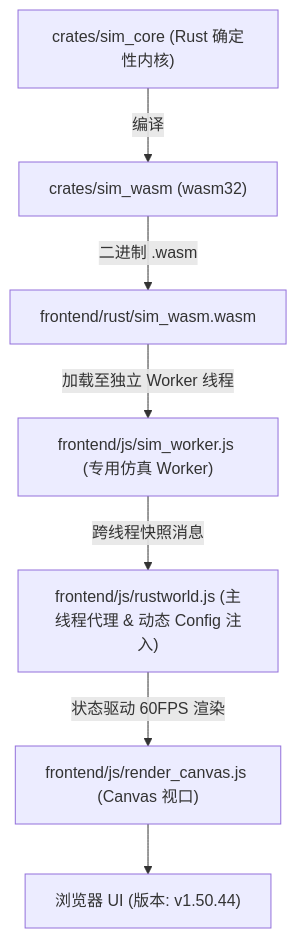
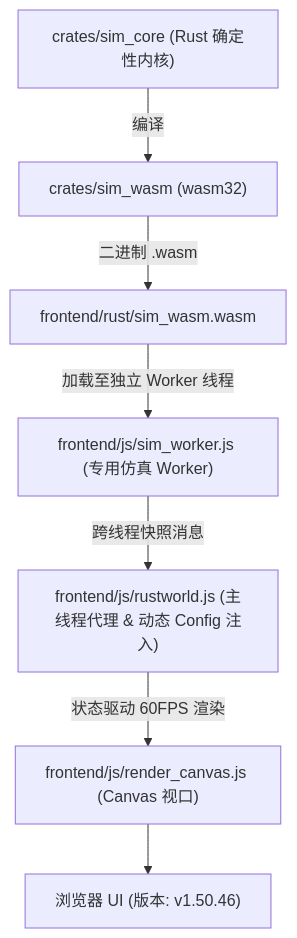
Before and after one commit to g39088902/FlowAndAccord: the diagram in AGENTS.md, drawn with Mermaid. The commit also changed other lines of this file and 21 other files, not shown here.

````diff
--- a/AGENTS.md
+++ b/AGENTS.md
@@ -61,10 +61,10 @@
 ```mermaid
 graph TD
     A["crates/sim_core (Rust 确定性内核)"] -->|编译| B["crates/sim_wasm (wasm32)"]
     B -->|二进制 .wasm| C["frontend/rust/sim_wasm.wasm"]
     C -->|加载至独立 Worker 线程| D["frontend/js/sim_worker.js (专用仿真 Worker)"]
     D -->|跨线程快照消息| E["frontend/js/rustworld.js (主线程代理 & 动态 Config 注入)"]
     E -->|状态驱动 60FPS 渲染| F["frontend/js/render_canvas.js (Canvas 视口)"]
-    F --> G["浏览器 UI (版本: v1.50.44)"]
+    F --> G["浏览器 UI (版本: v1.50.46)"]
 
 ```
````
